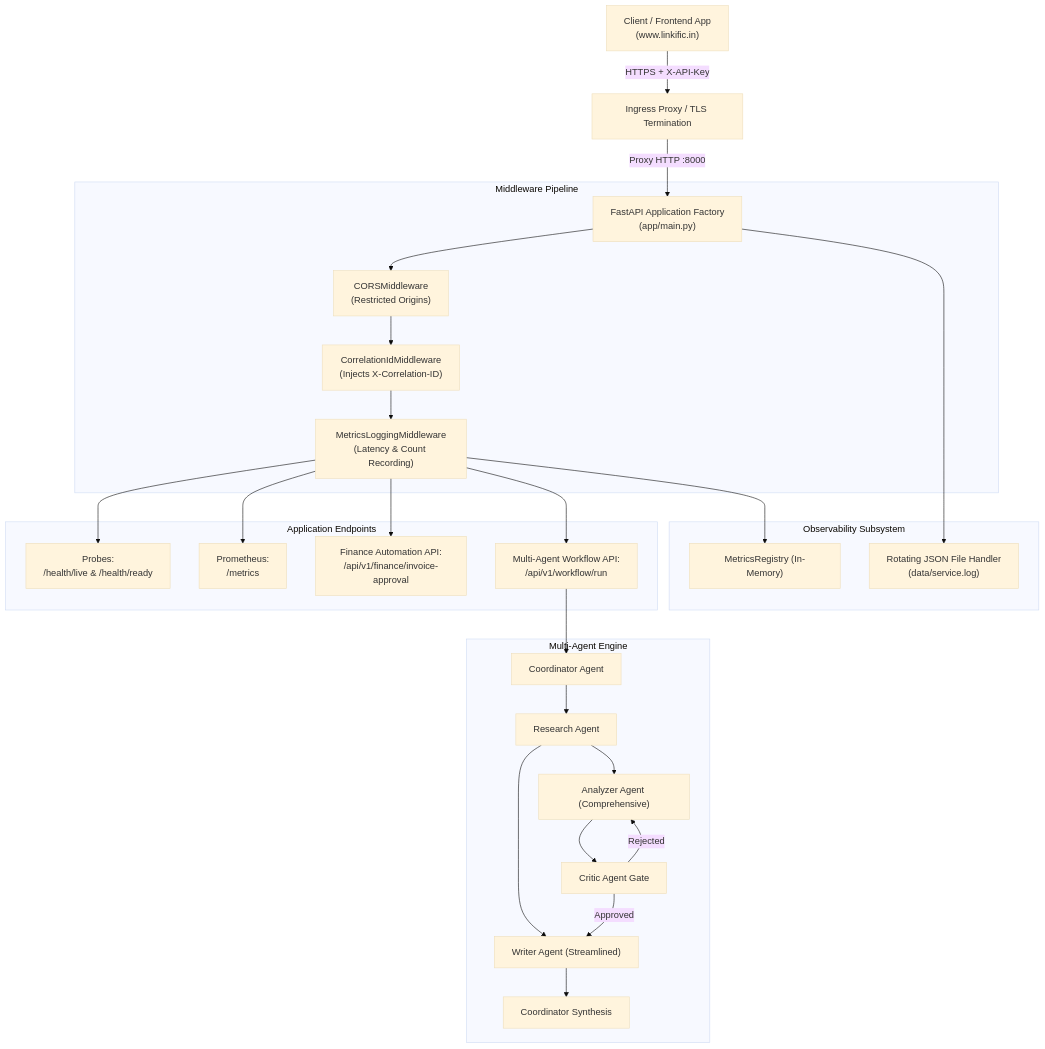
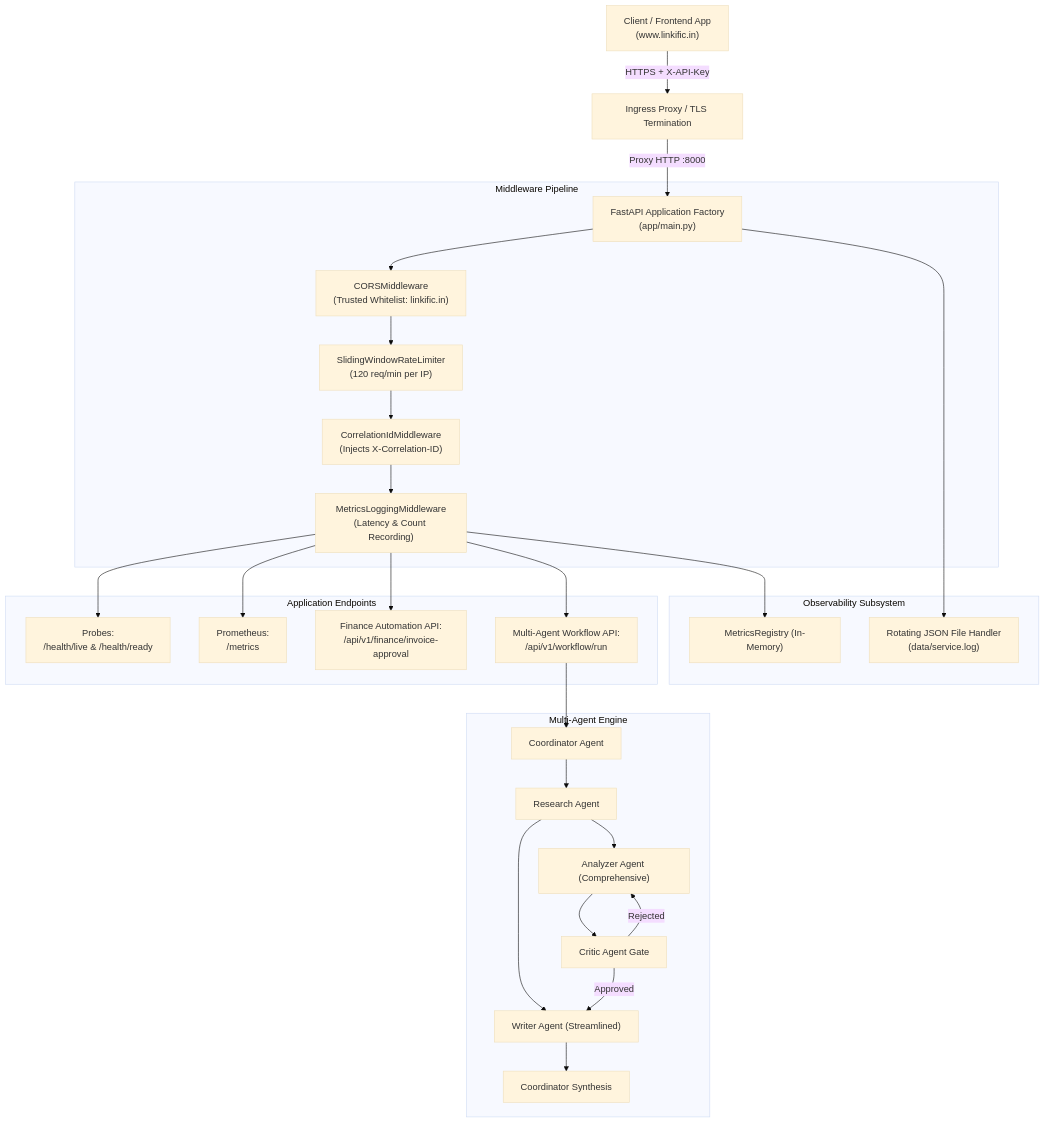
Before and after one commit to Shri-Sanjaykumar/Linkific-Tasks: the diagram in Day-24/PRODUCTION_READINESS_REPORT.md, drawn with Mermaid (base theme). The commit also changed other lines of this file and 11 other files, not shown here.

Commit message:
fix(day-24): harden production security, implement active sliding-window rate limiter, restrict CORS origins, and update test documentation to 62/62

````diff
--- a/Day-24/PRODUCTION_READINESS_REPORT.md
+++ b/Day-24/PRODUCTION_READINESS_REPORT.md
@@ -116,34 +121,35 @@
 ```mermaid
 flowchart TD
     Client["Client / Frontend App<br/>(www.linkific.in)"] -->|HTTPS + X-API-Key| Traefik["Ingress Proxy / TLS Termination"]
     Traefik -->|Proxy HTTP :8000| FastAPI["FastAPI Application Factory<br/>(app/main.py)"]
 
     subgraph Middleware Pipeline
-        FastAPI --> CORS["CORSMiddleware<br/>(Restricted Origins)"]
-        CORS --> Tracing["CorrelationIdMiddleware<br/>(Injects X-Correlation-ID)"]
+        FastAPI --> CORS["CORSMiddleware<br/>(Trusted Whitelist: linkific.in)"]
+        CORS --> RateLimiter["SlidingWindowRateLimiter<br/>(120 req/min per IP)"]
+        RateLimiter --> Tracing["CorrelationIdMiddleware<br/>(Injects X-Correlation-ID)"]
         Tracing --> MetricsMW["MetricsLoggingMiddleware<br/>(Latency & Count Recording)"]
     end
 
     subgraph Application Endpoints
         MetricsMW --> Health["Probes:<br/>/health/live & /health/ready"]
         MetricsMW --> Prom["Prometheus:<br/>/metrics"]
         MetricsMW --> Finance["Finance Automation API:<br/>/api/v1/finance/invoice-approval"]
         MetricsMW --> Workflow["Multi-Agent Workflow API:<br/>/api/v1/workflow/run"]
     end
 
     subgraph Multi-Agent Engine
         Workflow --> Coord["Coordinator Agent"]
         Coord --> Res["Research Agent"]
         Res --> Writer["Writer Agent (Streamlined)"]
         Res --> Ana["Analyzer Agent (Comprehensive)"]
         Ana --> Critic["Critic Agent Gate"]
         Critic -->|Approved| Writer
         Critic -->|Rejected| Ana
         Writer --> Synth["Coordinator Synthesis"]
     end
 
     subgraph Observability Subsystem
         MetricsMW --> MetricsRegistry["MetricsRegistry (In-Memory)"]
         FastAPI --> JsonLog["Rotating JSON File Handler<br/>(data/service.log)"]
     end
 ```
````
